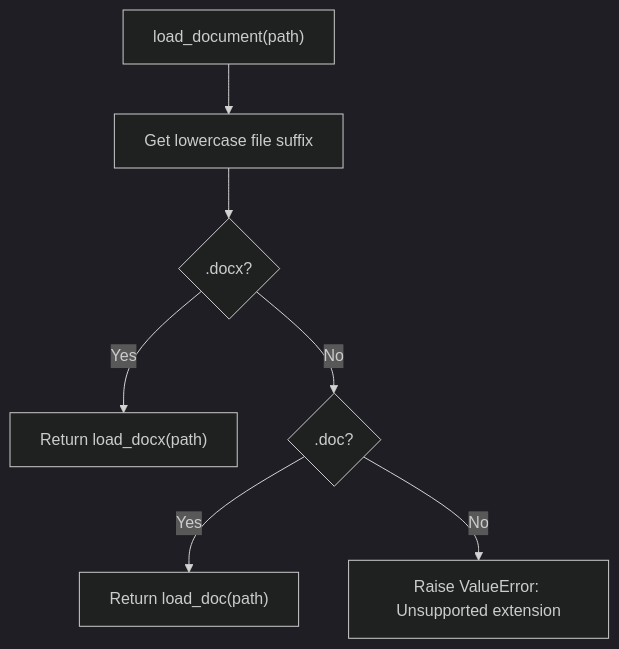
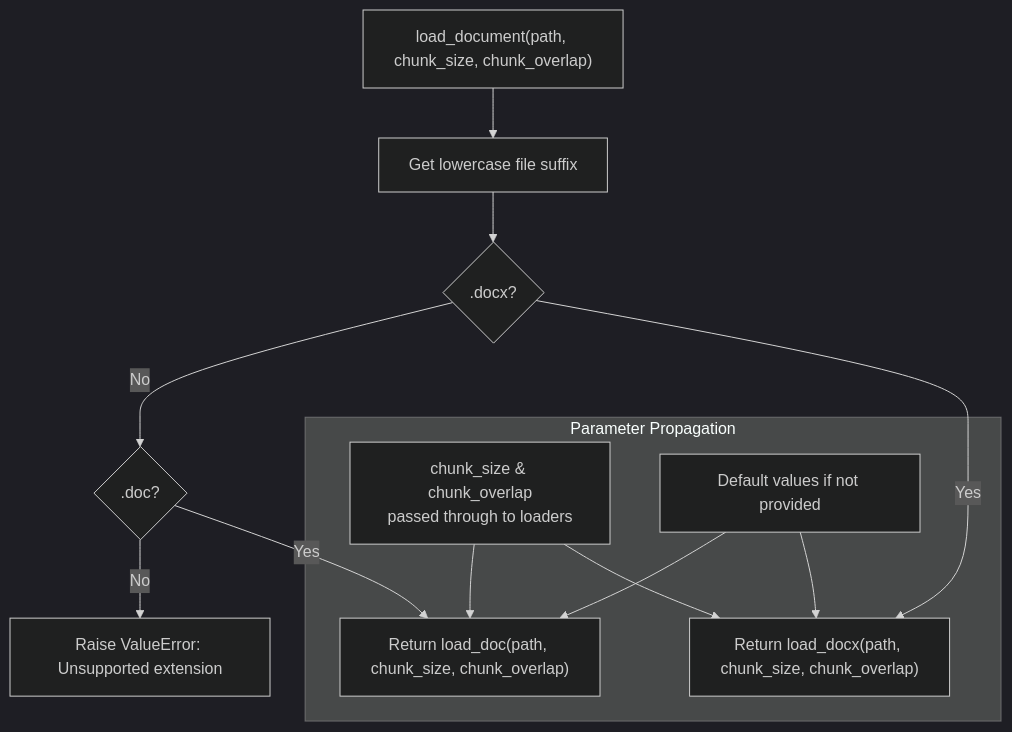
Before and after one commit to ognelis/cafetera_hr_bot: the fifth of 13 diagrams in .qoder/repowiki/en/content/RAG Integration/RAG Parser Enhancement.md, drawn with Mermaid (dark theme). The commit also changed other lines of this file and 16 other files, not shown here.

````diff
--- a/.qoder/repowiki/en/content/RAG Integration/RAG Parser Enhancement.md
+++ b/.qoder/repowiki/en/content/RAG Integration/RAG Parser Enhancement.md
@@ -265,9 +272,17 @@
 ```mermaid
 flowchart TD
-StartDispatch["load_document(path)"] --> GetSuffix["Get lowercase file suffix"]
+StartDispatch["load_document(path, chunk_size, chunk_overlap)"] --> GetSuffix["Get lowercase file suffix"]
 GetSuffix --> CheckDocx{".docx?"}
-CheckDocx --> |Yes| RouteDocx["Return load_docx(path)"]
+CheckDocx --> |Yes| RouteDocx["Return load_docx(path, chunk_size, chunk_overlap)"]
 CheckDocx --> |No| CheckDoc{".doc?"}
-CheckDoc --> |Yes| RouteDoc["Return load_doc(path)"]
+CheckDoc --> |Yes| RouteDoc["Return load_doc(path, chunk_size, chunk_overlap)"]
 CheckDoc --> |No| RaiseError["Raise ValueError: Unsupported extension"]
+subgraph "Parameter Propagation"
+Params["chunk_size & chunk_overlap<br/>passed through to loaders"]
+Defaults["Default values if not provided"]
+Params --> RouteDocx
+Params --> RouteDoc
+Defaults --> RouteDocx
+Defaults --> RouteDoc
+end
 ```
````
